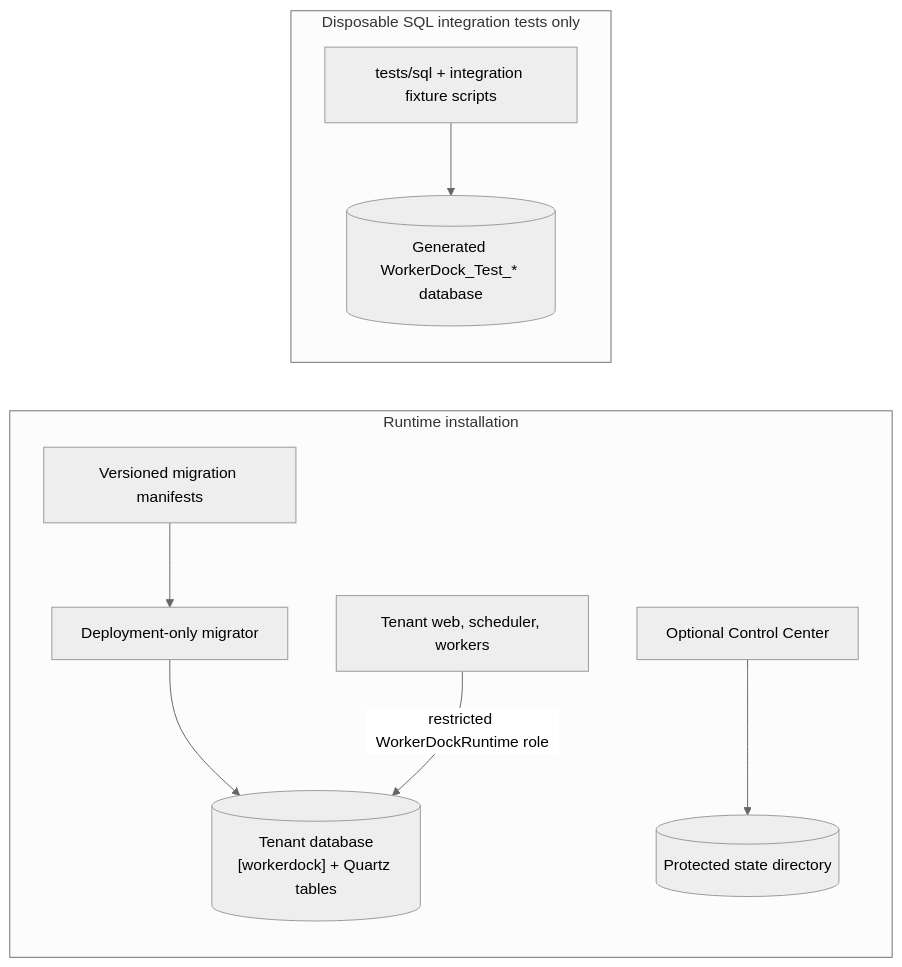
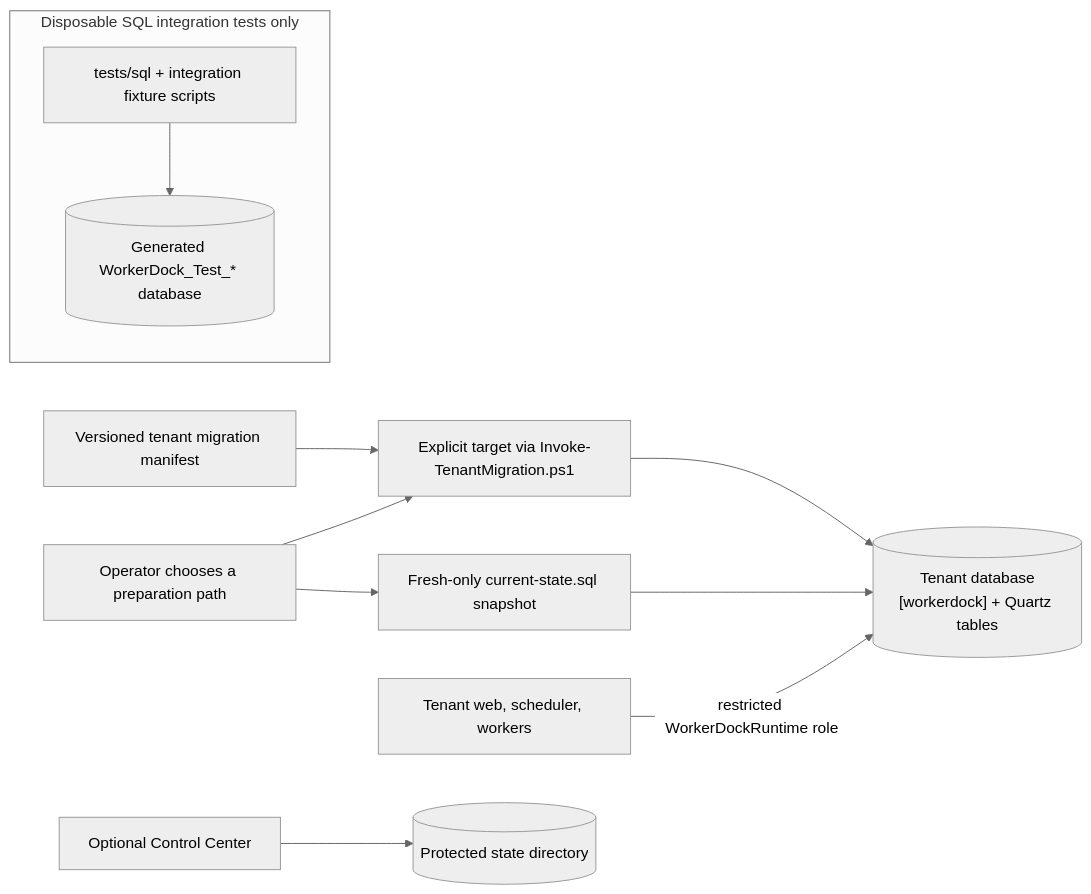
The diagram in docs/how-to/setup-sql-server.md (brunofreitasv/WorkerDock), drawn with Mermaid (neutral theme) before and after one commit. The commit also changed other lines of this file and 18 other files, not shown here.

Commit message:
docs: describe manual deployment and database state paths

````diff
--- a/docs/how-to/setup-sql-server.md
+++ b/docs/how-to/setup-sql-server.md
@@ -7,12 +7,15 @@
 ```mermaid
 flowchart LR
-    subgraph Runtime["Runtime installation"]
-        Manifest["Versioned migration manifests"] --> Migrator["Deployment-only migrator"]
-        Migrator --> TenantDb[("Tenant database<br/>[workerdock] + Quartz tables")]
-        TenantApps["Tenant web, scheduler, workers"] -->|"restricted WorkerDockRuntime role"| TenantDb
-        CenterApp["Optional Control Center"] --> CenterFiles[("Protected state directory")]
-    end
+    Operator["Operator chooses a preparation path"]
+    Manifest["Versioned tenant migration manifest"] --> MigrationScript["Explicit target via Invoke-TenantMigration.ps1"]
+    Snapshot["Fresh-only current-state.sql snapshot"]
+    Operator --> MigrationScript
+    Operator --> Snapshot
+    MigrationScript --> TenantDb[("Tenant database<br/>[workerdock] + Quartz tables")]
+    Snapshot --> TenantDb
+    TenantApps["Tenant web, scheduler, workers"] -->|"restricted WorkerDockRuntime role"| TenantDb
+    CenterApp["Optional Control Center"] --> CenterFiles[("Protected state directory")]
     subgraph Tests["Disposable SQL integration tests only"]
         Fixtures["tests/sql + integration fixture scripts"] --> TestDb[("Generated WorkerDock_Test_* database")]
     end
 ```
````
